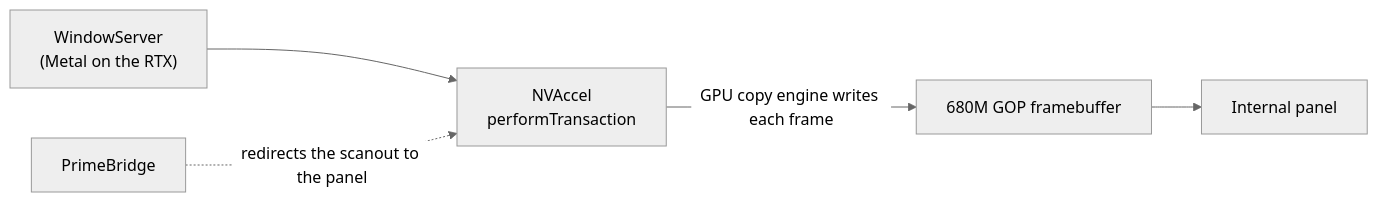
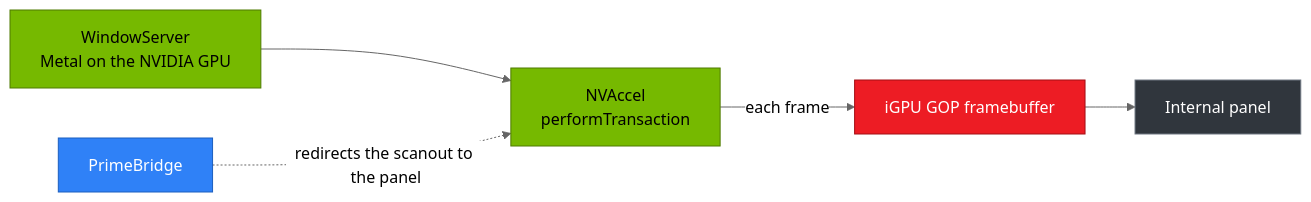
The diagram in README.md (myvoow/PrimeBridge), drawn with Mermaid (neutral theme) before and after one commit. The commit also changed other lines of this file and 7 other files, not shown here.

````diff
--- a/README.md
+++ b/README.md
@@ -19,7 +30,16 @@
 ```mermaid
 flowchart LR
-    WS["WindowServer<br/>(Metal on the RTX)"] --> NA["NVAccel<br/>performTransaction"]
-    NA -- "GPU copy engine writes each frame" --> FB["680M GOP framebuffer"]
+    WS["WindowServer<br/>Metal on the NVIDIA GPU"] --> NA["NVAccel<br/>performTransaction"]
+    NA -- "each frame" --> FB["iGPU GOP framebuffer"]
     PB["PrimeBridge"] -. "redirects the scanout to the panel" .-> NA
     FB --> P["Internal panel"]
+
+    classDef nvidia fill:#76B900,stroke:#4E7A00,color:#000000
+    classDef amd fill:#ED1C24,stroke:#A30F15,color:#FFFFFF
+    classDef bridge fill:#2F81F7,stroke:#1B5FBF,color:#FFFFFF
+    classDef panel fill:#30363D,stroke:#6E7681,color:#FFFFFF
+    class WS,NA nvidia
+    class FB amd
+    class PB bridge
+    class P panel
 ```
````
